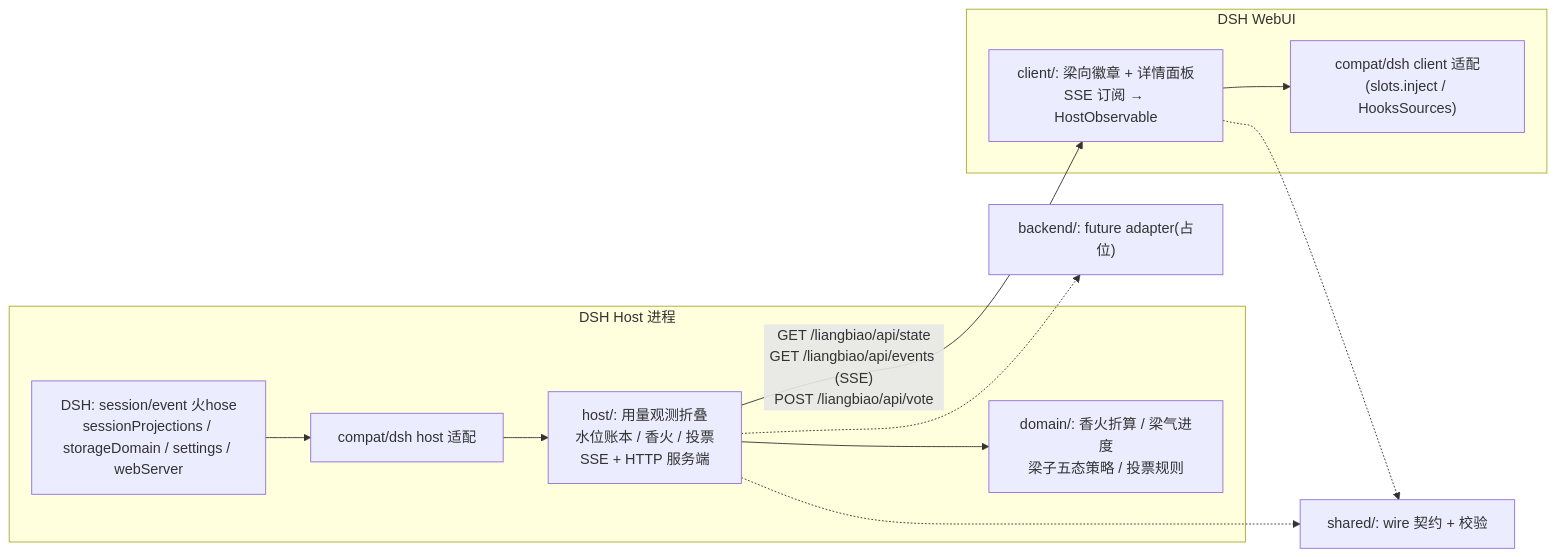
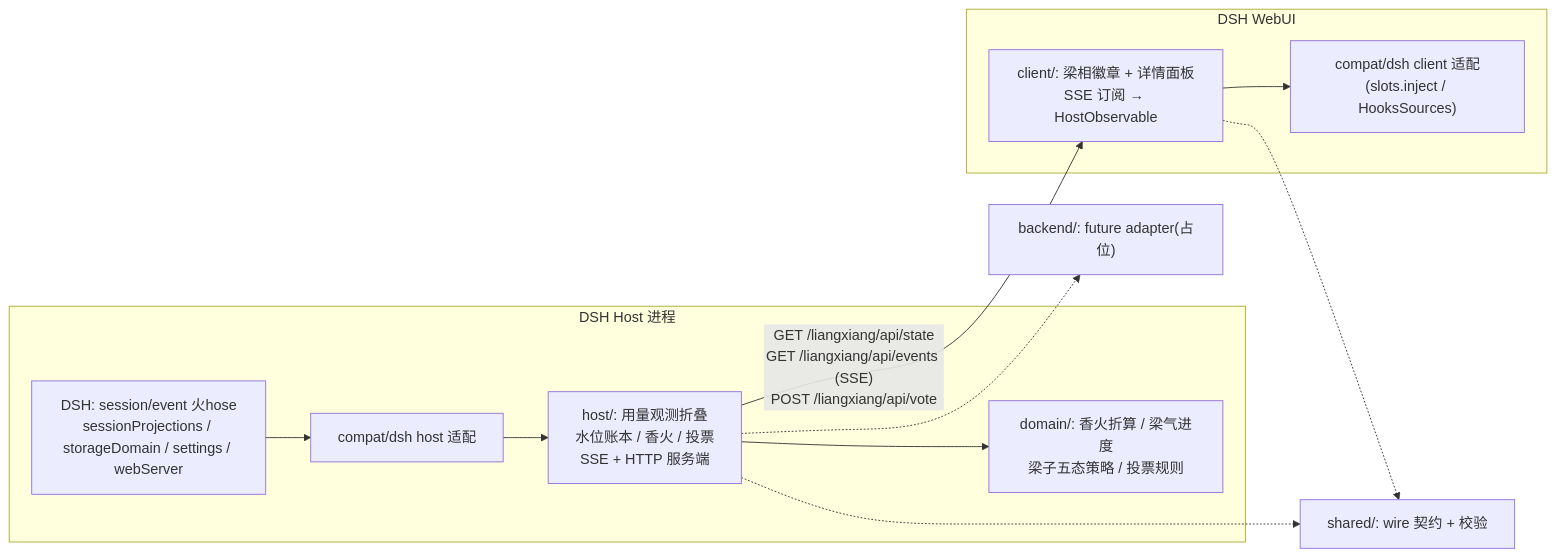
The diagram in docs/002-architecture.md (liang-today/dsh-liangxiang), drawn with Mermaid before and after one commit. The commit also changed other lines of this file and 139 other files, not shown here.

````diff
--- a/docs/002-architecture.md
+++ b/docs/002-architecture.md
@@ -31,22 +31,22 @@
 ```mermaid
 flowchart LR
   subgraph hostProc [DSH Host 进程]
     dshHost["DSH: session/event 火hose<br/>sessionProjections / storageDomain / settings / webServer"]
     compatH[compat/dsh host 适配]
     hostCore["host/: 用量观测折叠<br/>水位账本 / 香火 / 投票<br/>SSE + HTTP 服务端"]
     domain["domain/: 香火折算 / 梁气进度<br/>梁子五态策略 / 投票规则"]
     dshHost --> compatH --> hostCore
     hostCore --> domain
   end
   subgraph browser [DSH WebUI]
     compatC["compat/dsh client 适配<br/>(slots.inject / HooksSources)"]
-    clientCore["client/: 梁向徽章 + 详情面板<br/>SSE 订阅 → HostObservable"]
+    clientCore["client/: 梁相徽章 + 详情面板<br/>SSE 订阅 → HostObservable"]
     clientCore --> compatC
   end
   shared["shared/: wire 契约 + 校验"]
-  hostCore -- "GET /liangbiao/api/state<br/>GET /liangbiao/api/events (SSE)<br/>POST /liangbiao/api/vote" --> clientCore
+  hostCore -- "GET /liangxiang/api/state<br/>GET /liangxiang/api/events (SSE)<br/>POST /liangxiang/api/vote" --> clientCore
   hostCore -.-> shared
   clientCore -.-> shared
   backendA["backend/: future adapter(占位)"]
   hostCore -.-> backendA
 ```
````
